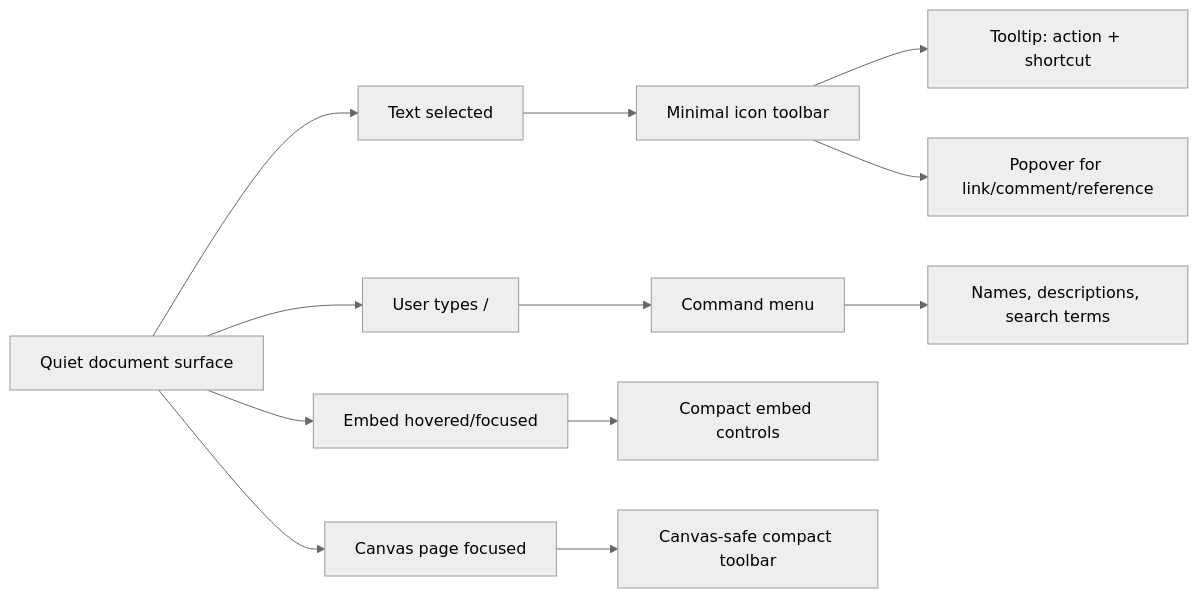
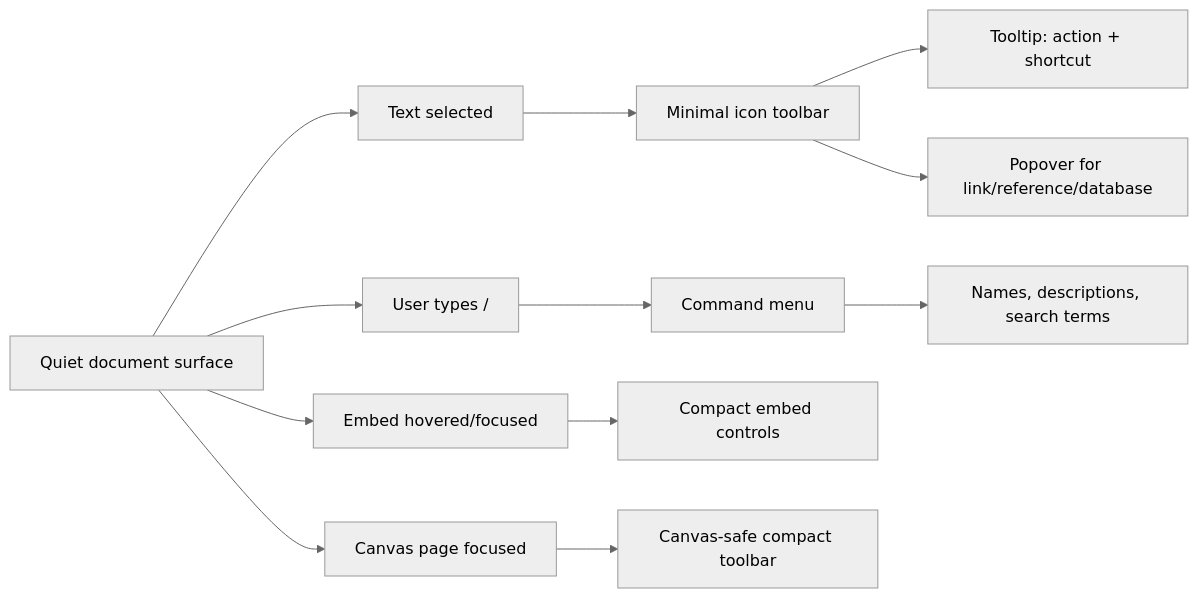
One commit to crs48/xNet changed diagram 11 of 14 in docs/explorations/0137_[_]_SIGNIFICANTLY_IMPROVE_PAGES_USER_INTERFACE.md. Above: the diagram before and after it, drawn with Mermaid (neutral theme). The commit also changed other lines of this file and 3 other files, not shown here.

First line of the commit message:
feat(editor): add database toolbar popover

````diff
--- a/docs/explorations/0137_[_]_SIGNIFICANTLY_IMPROVE_PAGES_USER_INTERFACE.md
+++ b/docs/explorations/0137_[_]_SIGNIFICANTLY_IMPROVE_PAGES_USER_INTERFACE.md
@@ -937,17 +938,17 @@
 ```mermaid
 flowchart LR
   Idle["Quiet document surface"] --> Selection["Text selected"]
   Idle --> Slash["User types /"]
   Idle --> EmbedHover["Embed hovered/focused"]
   Idle --> CanvasFocus["Canvas page focused"]
 
   Selection --> Toolbar["Minimal icon toolbar"]
   Toolbar --> Tooltip["Tooltip: action + shortcut"]
-  Toolbar --> Popover["Popover for link/comment/reference"]
+  Toolbar --> Popover["Popover for link/reference/database"]
 
   Slash --> Menu["Command menu"]
   Menu --> Descriptions["Names, descriptions, search terms"]
 
   EmbedHover --> EmbedControls["Compact embed controls"]
   CanvasFocus --> CanvasToolbar["Canvas-safe compact toolbar"]
 ```
````
